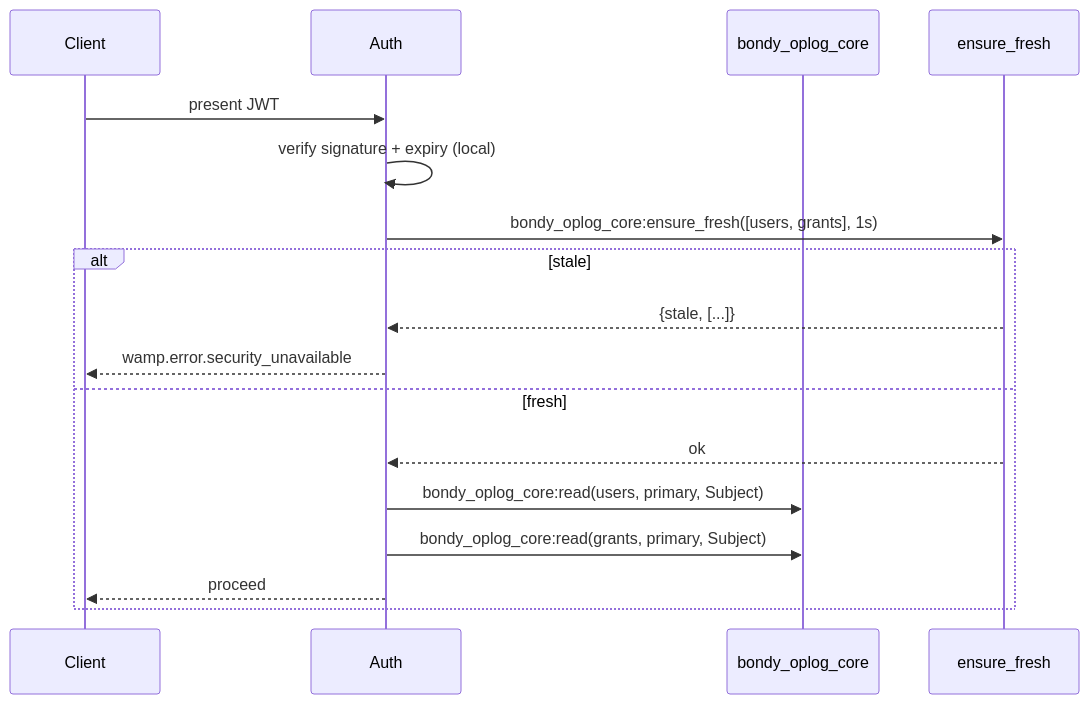
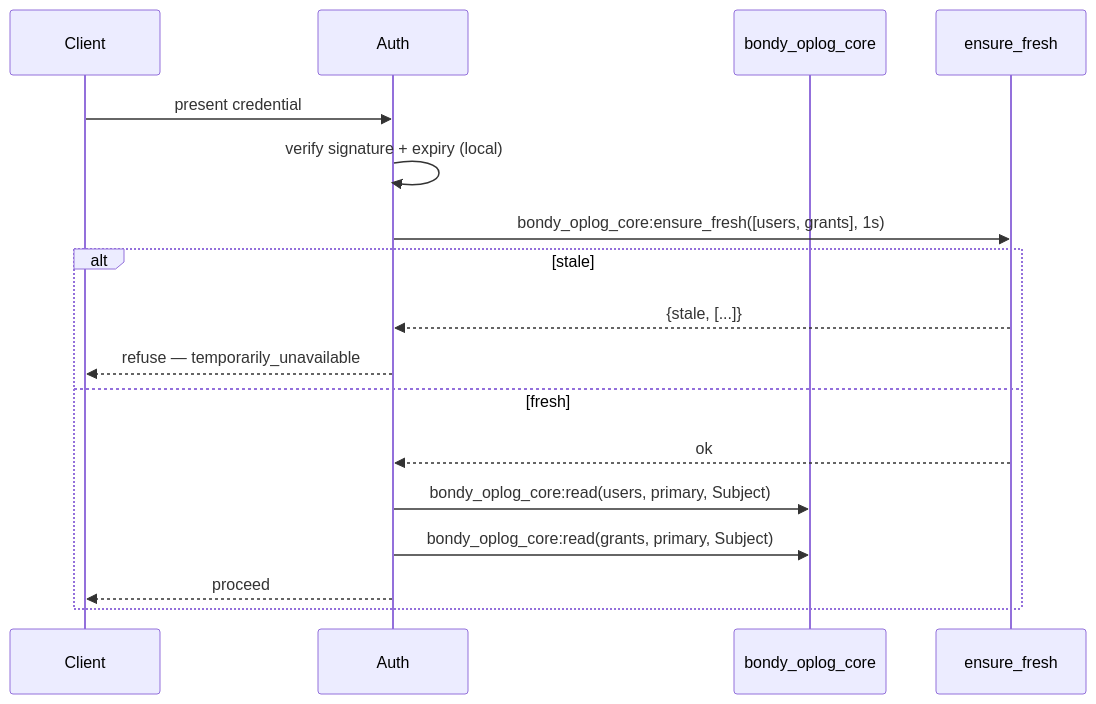
The seventh of 10 diagrams in apps/bondy_db/doc_extras/architecture/03_bondy_db.md (fer-c/bondy), drawn with Mermaid before and after one commit. The commit also changed other lines of this file and 120 other files, not shown here.

````diff
--- a/apps/bondy_db/doc_extras/architecture/03_bondy_db.md
+++ b/apps/bondy_db/doc_extras/architecture/03_bondy_db.md
@@ -215,20 +246,20 @@
 ```mermaid
 sequenceDiagram
     participant Client
     participant Auth
     participant Core as bondy_oplog_core
     participant FRESH as ensure_fresh
 
-    Client->>Auth: present JWT
+    Client->>Auth: present credential
     Auth->>Auth: verify signature + expiry (local)
     Auth->>FRESH: bondy_oplog_core:ensure_fresh([users, grants], 1s)
     alt stale
         FRESH-->>Auth: {stale, [...]}
-        Auth-->>Client: wamp.error.security_unavailable
+        Auth-->>Client: refuse — temporarily_unavailable
     else fresh
         FRESH-->>Auth: ok
         Auth->>Core: bondy_oplog_core:read(users, primary, Subject)
         Auth->>Core: bondy_oplog_core:read(grants, primary, Subject)
         Auth-->>Client: proceed
     end
 ```
````
